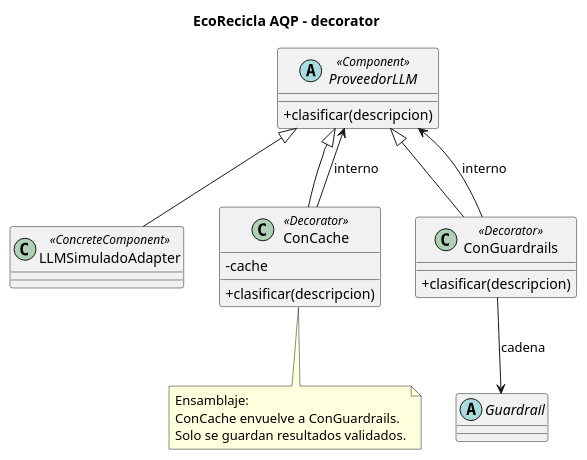
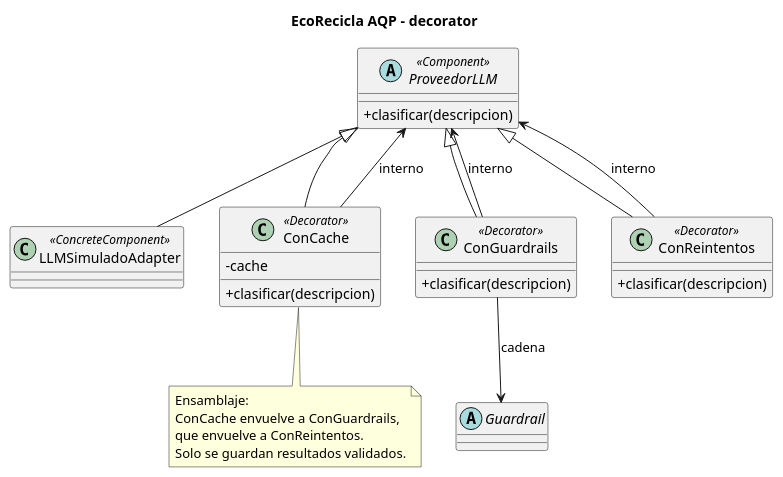
Before and after one commit to AntonyCondori/cs-2026b-lab04-grupo10: the diagram in docs/design/patrones/decorator.puml, drawn with PlantUML. The commit also changed 17 other files, not shown here.

```diff
--- a/docs/design/patrones/decorator.puml
+++ b/docs/design/patrones/decorator.puml
@@ -1,29 +1,35 @@
 @startuml
 title EcoRecicla AQP - decorator
 skinparam classAttributeIconSize 0
 abstract class ProveedorLLM <<Component>> {
   + clasificar(descripcion)
 }
 class LLMSimuladoAdapter <<ConcreteComponent>>
 class ConCache <<Decorator>> {
   - cache
   + clasificar(descripcion)
 }
 class ConGuardrails <<Decorator>> {
   + clasificar(descripcion)
 }
+class ConReintentos <<Decorator>> {
+  + clasificar(descripcion)
+}
 abstract class Guardrail
 
 ProveedorLLM <|-- LLMSimuladoAdapter
 ProveedorLLM <|-- ConCache
 ProveedorLLM <|-- ConGuardrails
+ProveedorLLM <|-- ConReintentos
 ConCache --> ProveedorLLM : interno
 ConGuardrails --> ProveedorLLM : interno
+ConReintentos --> ProveedorLLM : interno
 ConGuardrails --> Guardrail : cadena
 
 note bottom of ConCache
   Ensamblaje:
-  ConCache envuelve a ConGuardrails.
+  ConCache envuelve a ConGuardrails,
+  que envuelve a ConReintentos.
   Solo se guardan resultados validados.
 end note
 @enduml
```
